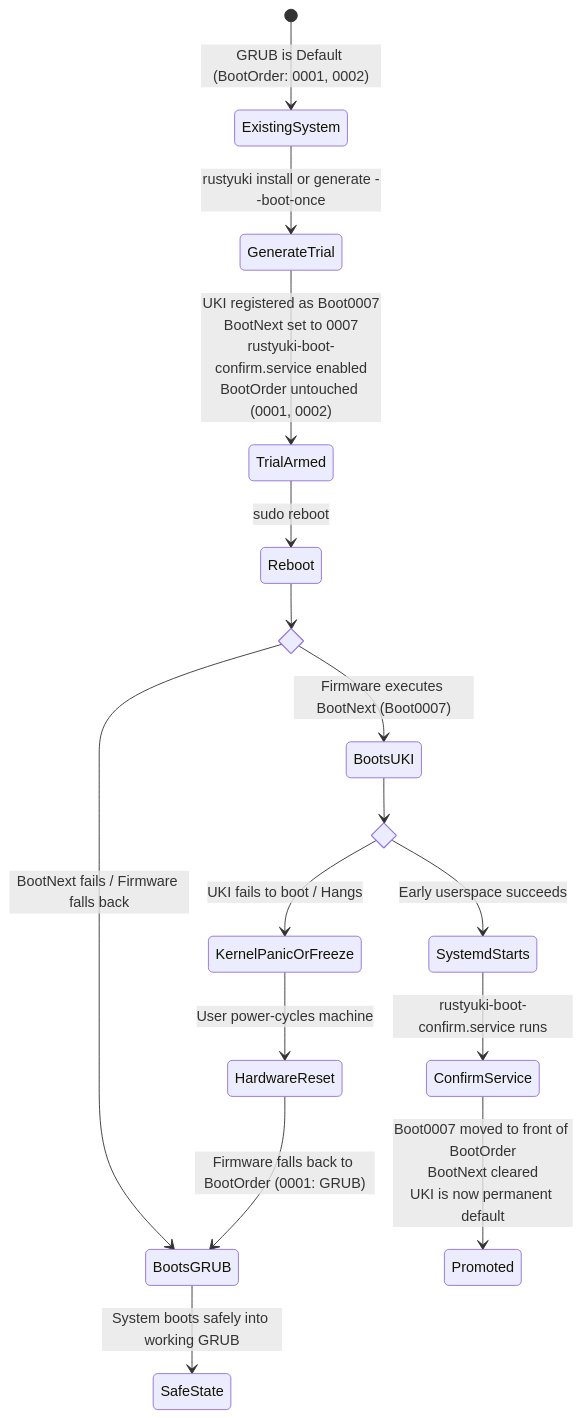
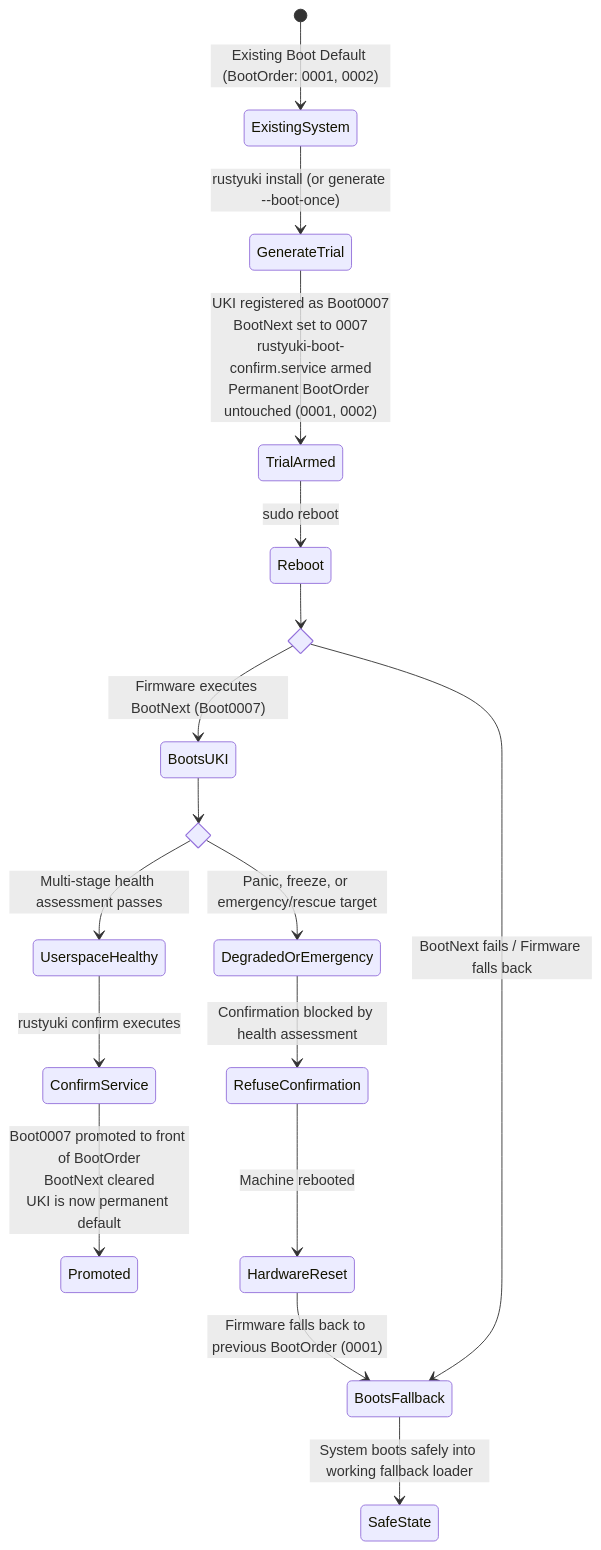
One commit to GlitchSlayed/RustyUKI changed the diagram in docs/boot-flow-and-safety.md. Above: the diagram before and after it, drawn with Mermaid. The commit also changed other lines of this file and 39 other files, not shown here.

````diff
--- a/docs/boot-flow-and-safety.md
+++ b/docs/boot-flow-and-safety.md
@@ -11,28 +11,29 @@
 ```mermaid
 stateDiagram-v2
-    [*] --> ExistingSystem: GRUB is Default (BootOrder: 0001, 0002)
-    ExistingSystem --> GenerateTrial: rustyuki install or generate --boot-once
-    GenerateTrial --> TrialArmed: UKI registered as Boot0007<br/>BootNext set to 0007<br/>rustyuki-boot-confirm.service enabled<br/>BootOrder untouched (0001, 0002)
+    [*] --> ExistingSystem: Existing Boot Default (BootOrder: 0001, 0002)
+    ExistingSystem --> GenerateTrial: rustyuki install (or generate --boot-once)
+    GenerateTrial --> TrialArmed: UKI registered as Boot0007<br/>BootNext set to 0007<br/>rustyuki-boot-confirm.service armed<br/>Permanent BootOrder untouched (0001, 0002)
     
     TrialArmed --> Reboot: sudo reboot
     
     state RebootDecision <<choice>>
     Reboot --> RebootDecision
     
     RebootDecision --> BootsUKI: Firmware executes BootNext (Boot0007)
-    RebootDecision --> BootsGRUB: BootNext fails / Firmware falls back
+    RebootDecision --> BootsFallback: BootNext fails / Firmware falls back
     
     state UKIBootOutcome <<choice>>
     BootsUKI --> UKIBootOutcome
     
-    UKIBootOutcome --> SystemdStarts: Early userspace succeeds
-    UKIBootOutcome --> KernelPanicOrFreeze: UKI fails to boot / Hangs
+    UKIBootOutcome --> UserspaceHealthy: Multi-stage health assessment passes
+    UKIBootOutcome --> DegradedOrEmergency: Panic, freeze, or emergency/rescue target
     
-    SystemdStarts --> ConfirmService: rustyuki-boot-confirm.service runs
-    ConfirmService --> Promoted: Boot0007 moved to front of BootOrder<br/>BootNext cleared<br/>UKI is now permanent default
+    UserspaceHealthy --> ConfirmService: rustyuki confirm executes
+    ConfirmService --> Promoted: Boot0007 promoted to front of BootOrder<br/>BootNext cleared<br/>UKI is now permanent default
     
-    KernelPanicOrFreeze --> HardwareReset: User power-cycles machine
-    HardwareReset --> BootsGRUB: Firmware falls back to BootOrder (0001: GRUB)
+    DegradedOrEmergency --> RefuseConfirmation: Confirmation blocked by health assessment
+    RefuseConfirmation --> HardwareReset: Machine rebooted
+    HardwareReset --> BootsFallback: Firmware falls back to previous BootOrder (0001)
     
-    BootsGRUB --> SafeState: System boots safely into working GRUB
+    BootsFallback --> SafeState: System boots safely into working fallback loader
 ```
````
